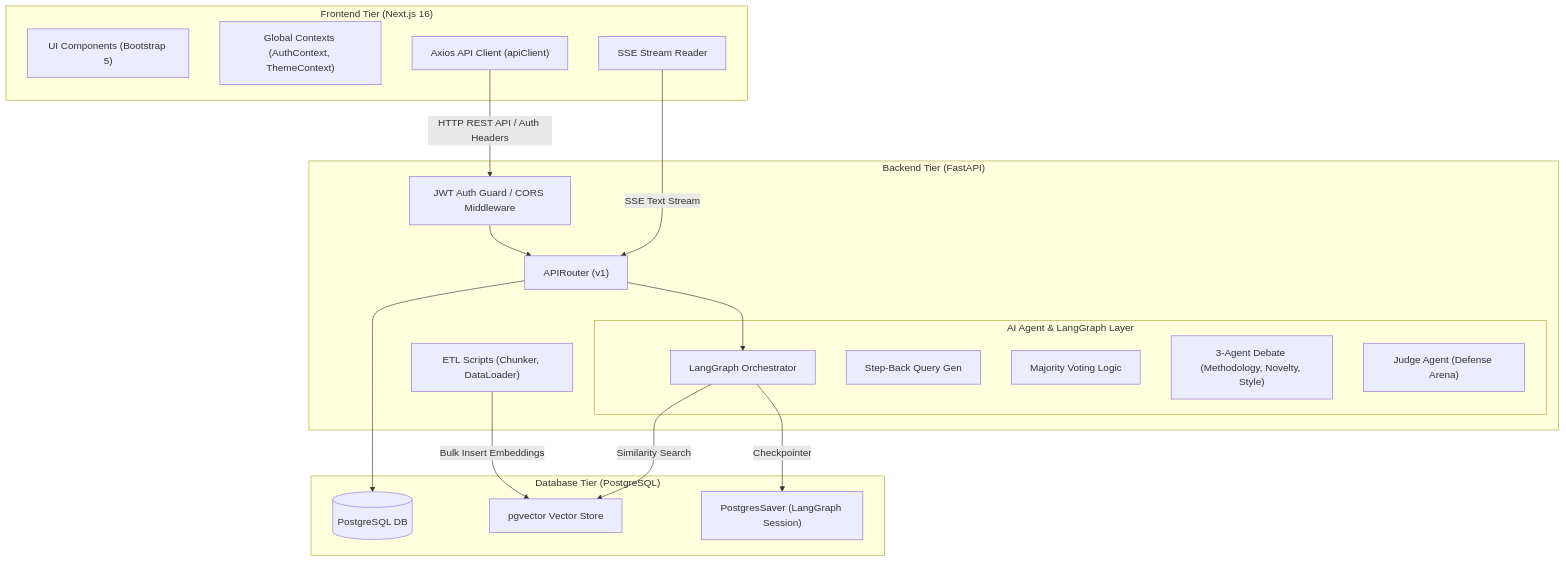
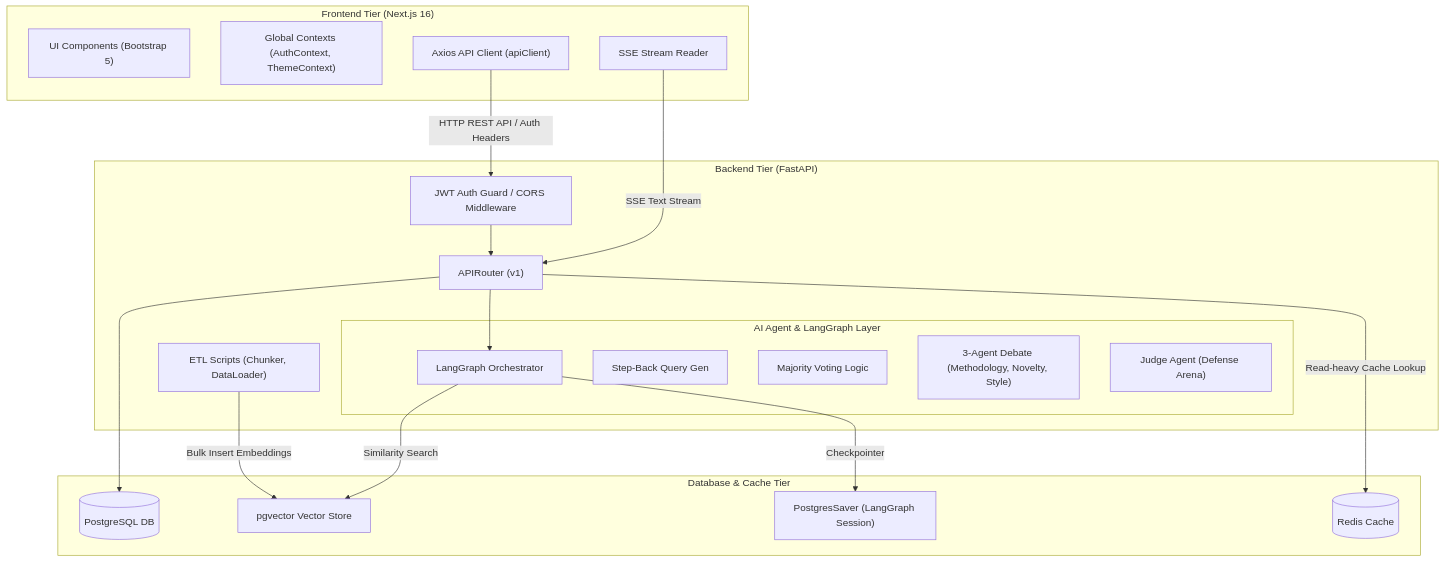
Before and after one commit to bist-mini-2/bist-mini-2: the diagram in docs/deliverables/2nd/project_plans/system-architecture-api-spec.md, drawn with Mermaid. The commit also changed other lines of this file, not shown here.

Commit message:
docs: integrate Redis caching and push notifications into architecture

````diff
--- a/docs/deliverables/2nd/project_plans/system-architecture-api-spec.md
+++ b/docs/deliverables/2nd/project_plans/system-architecture-api-spec.md
@@ -11,43 +11,45 @@
 ```mermaid
 graph TD
     subgraph Client ["Frontend Tier (Next.js 16)"]
         UI["UI Components (Bootstrap 5)"]
         Context["Global Contexts (AuthContext, ThemeContext)"]
         Axios["Axios API Client (apiClient)"]
         SSE["SSE Stream Reader"]
     end
 
     subgraph AppServer ["Backend Tier (FastAPI)"]
         AuthGuard["JWT Auth Guard / CORS Middleware"]
         Router["APIRouter (v1)"]
         ETL["ETL Scripts (Chunker, DataLoader)"]
         
         subgraph AI ["AI Agent & LangGraph Layer"]
             Graph["LangGraph Orchestrator"]
             StepBack["Step-Back Query Gen"]
             Consistency["Majority Voting Logic"]
             Debate["3-Agent Debate (Methodology, Novelty, Style)"]
             Defense["Judge Agent (Defense Arena)"]
         end
     end
 
-    subgraph DataStore ["Database Tier (PostgreSQL)"]
+    subgraph DataStore ["Database & Cache Tier"]
         DB[("PostgreSQL DB")]
         PGV["pgvector Vector Store"]
         Saver["PostgresSaver (LangGraph Session)"]
+        Redis[("Redis Cache")]
     end
 
     %% Client Connection
     Axios -->|HTTP REST API / Auth Headers| AuthGuard
     SSE -->|SSE Text Stream| Router
     
     %% App Server Connection
     AuthGuard --> Router
     Router --> Graph
     Router --> DB
+    Router -->|Read-heavy Cache Lookup| Redis
     
     %% Graph Database connection
     Graph -->|Similarity Search| PGV
     Graph -->|Checkpointer| Saver
     ETL -->|Bulk Insert Embeddings| PGV
 ```
````
